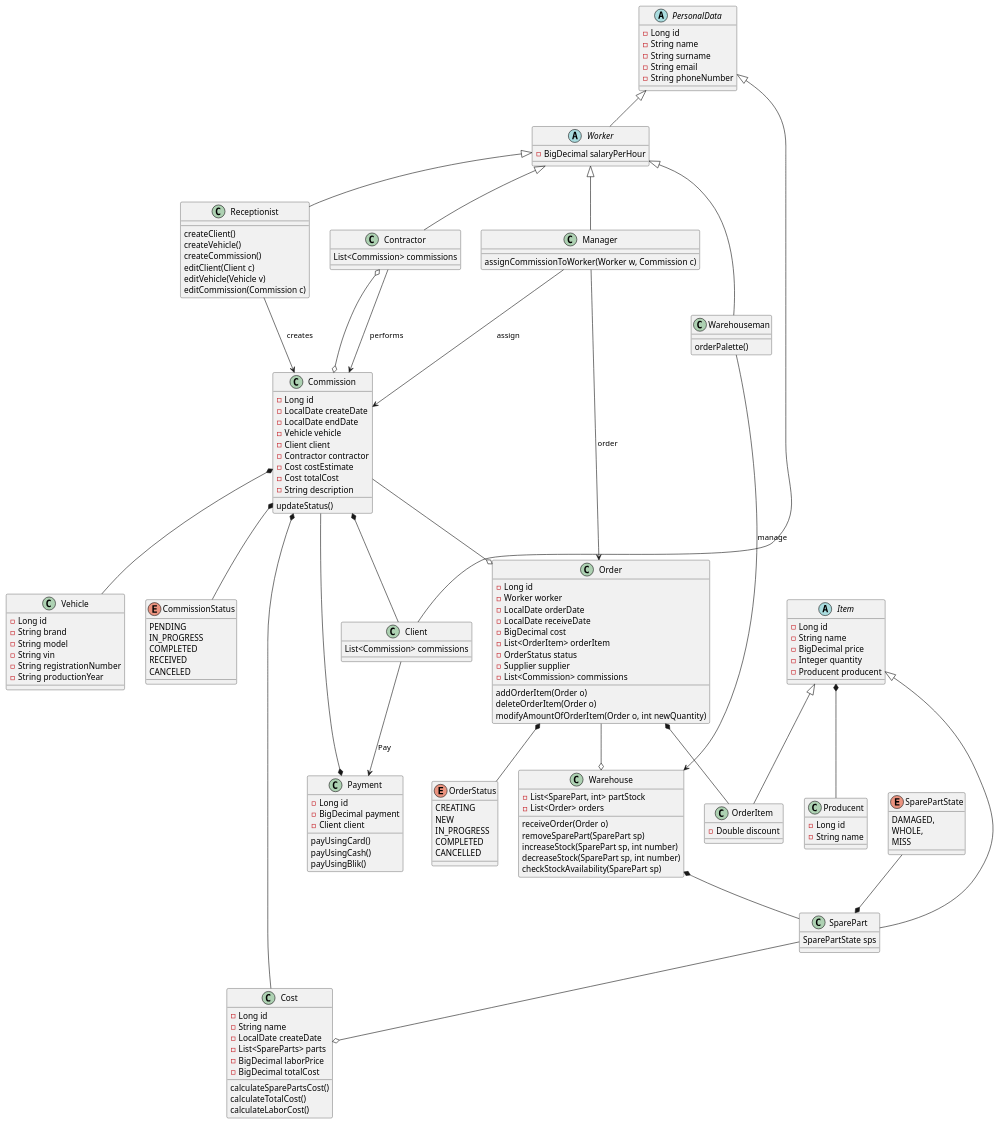
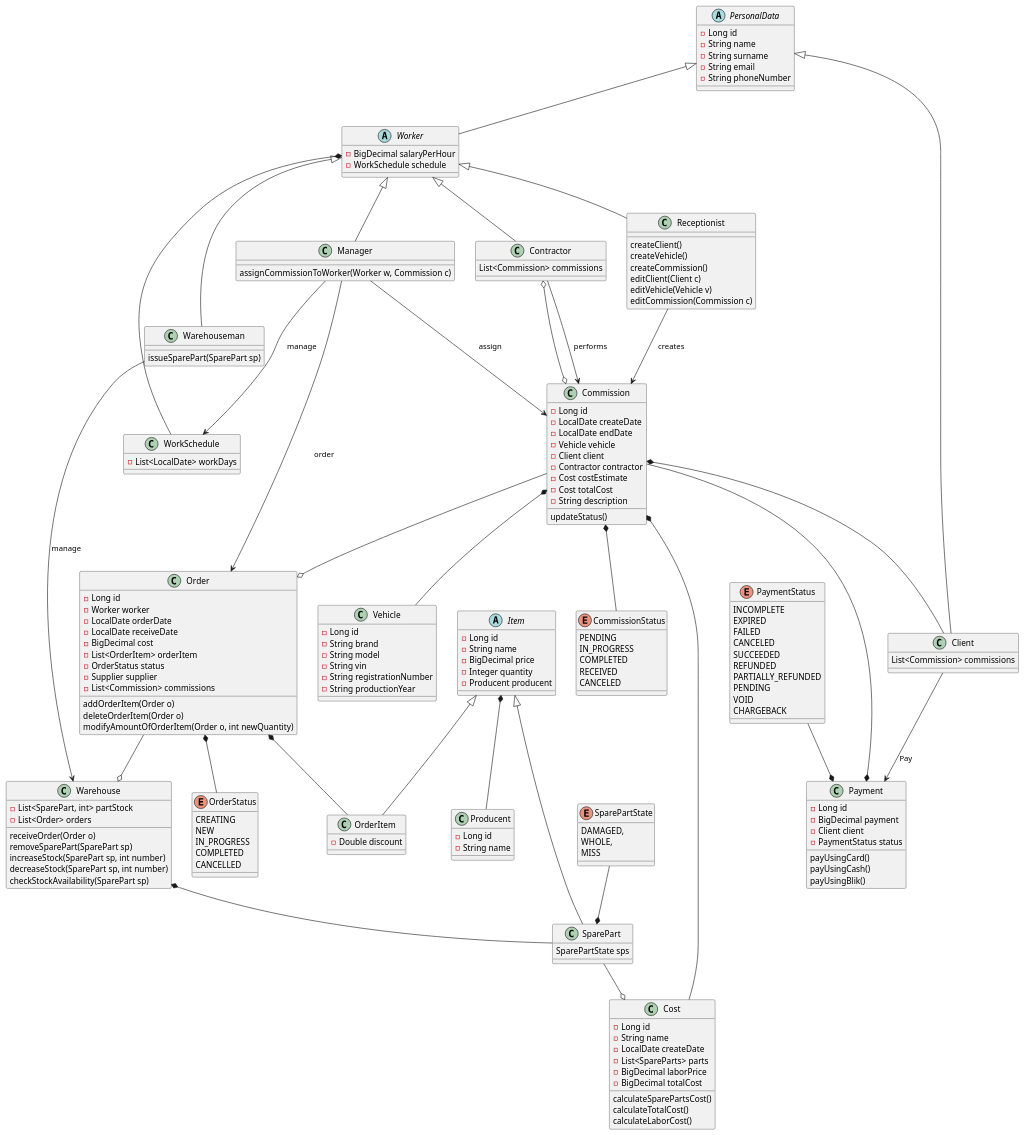
One commit to WojciechGos/Car-Service changed the diagram in src/main/java/com/carservice/CarService/scifi.puml. Above: the diagram before and after it, drawn with PlantUML.

Commit message:
add: work schedule class

```diff
--- a/src/main/java/com/carservice/CarService/scifi.puml
+++ b/src/main/java/com/carservice/CarService/scifi.puml
@@ -13,6 +13,11 @@
 }
 abstract class Worker extends PersonalData{
     - BigDecimal salaryPerHour
+    - WorkSchedule schedule
+}
+
+class WorkSchedule {
+    - List<LocalDate> workDays
 }
 
 class Receptionist extends Worker{
@@ -45,7 +50,7 @@
 }
 
 class Warehouseman extends Worker {
-    orderPalette()
+    issueSparePart(SparePart sp)
 }
 
 'Mechanic/Vanisher/Elecrtician
@@ -144,21 +149,37 @@
     CANCELLED
 }
 
+enum PaymentStatus{
+    INCOMPLETE
+    EXPIRED
+    FAILED
+    CANCELED
+    SUCCEEDED
+    REFUNDED
+    PARTIALLY_REFUNDED
+    PENDING
+    VOID
+    CHARGEBACK
+}
+
 class Payment {
     - Long id
     - BigDecimal payment
     - Client client
+    - PaymentStatus status
     payUsingCard()
     payUsingCash()
     payUsingBlik()
 }
 
 Client --> Payment : "Pay"
+PaymentStatus --* Payment
 
 Warehouse *-- SparePart
 SparePart --o Cost
 Cost --* Commission
 
+Manager --> WorkSchedule : "manage"
 
 SparePartState --* SparePart
 Item *-- Producent
@@ -180,5 +201,7 @@
 Contractor --> Commission : "performs"
 Order *-- OrderItem
 
+Worker *-- WorkSchedule
+
 
 @enduml
```
